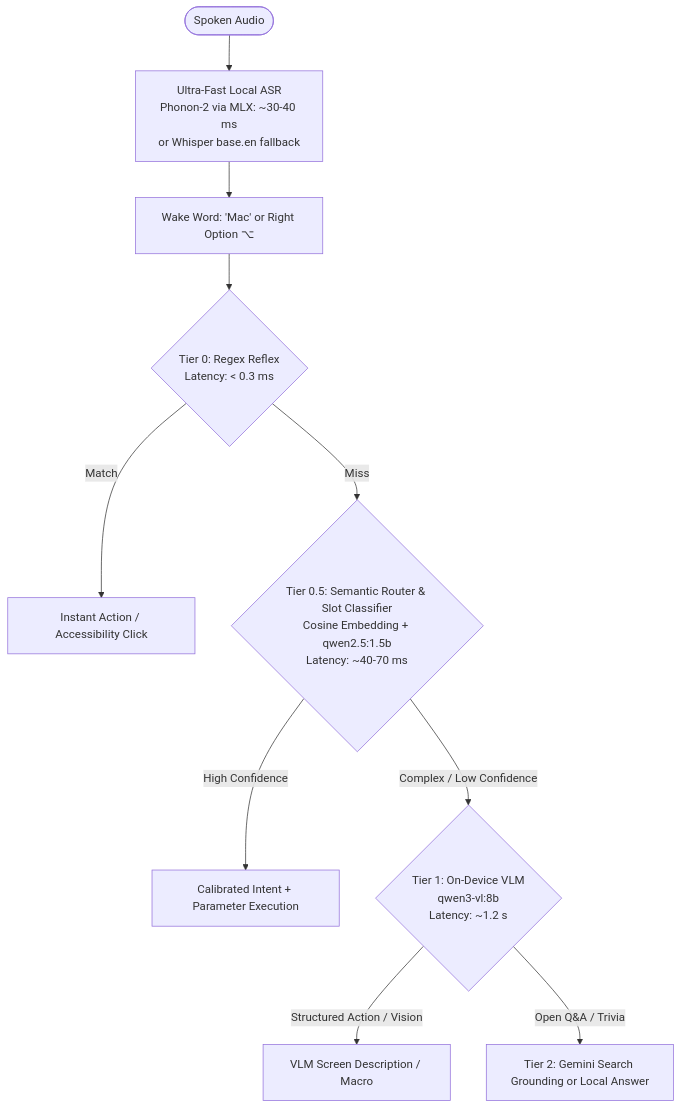
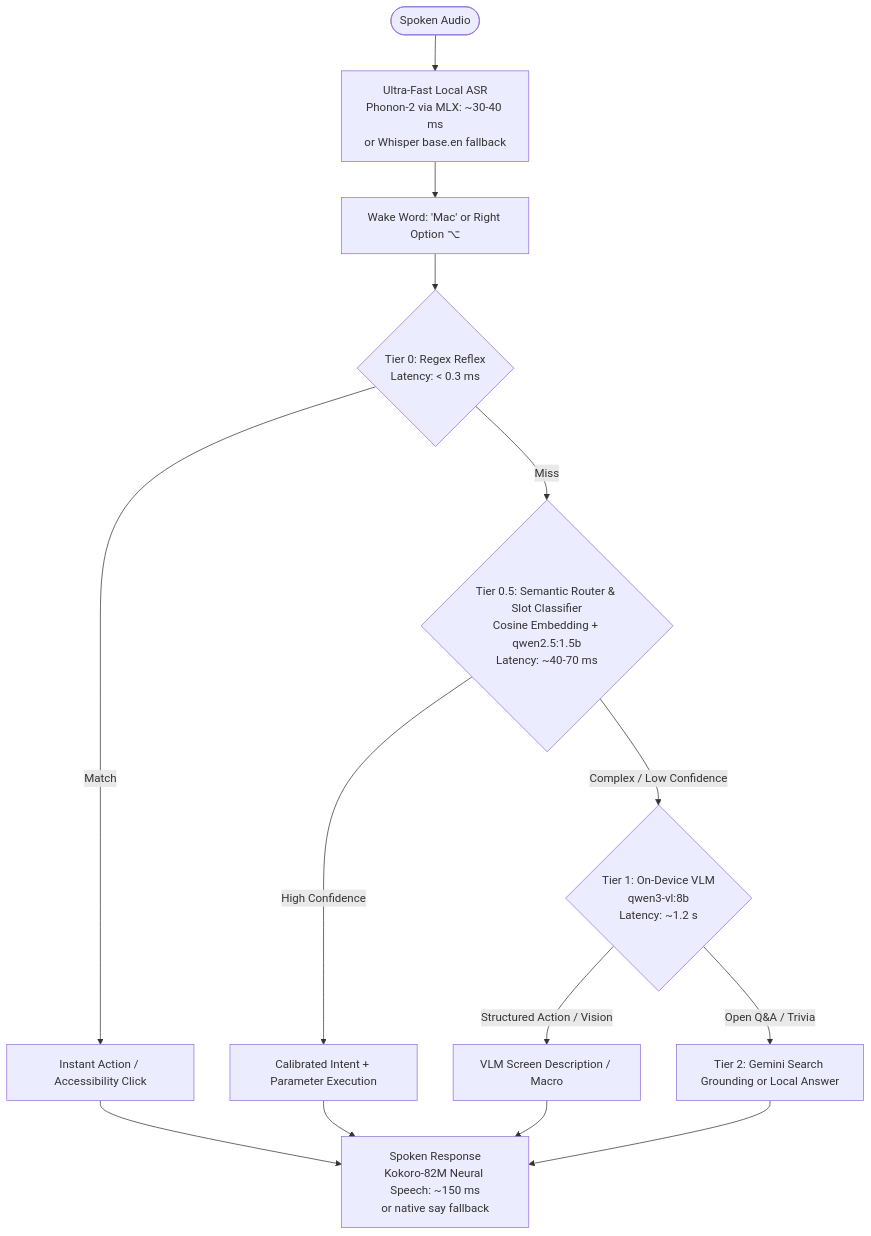
One commit to bparlette/free-mac-voice changed the diagram in README.md. Above: the diagram before and after it, drawn with Mermaid. The commit also changed other lines of this file and 2 other files, not shown here.

Commit message:
docs: upgrade tech stack diagrams, pipeline cascade, and architecture docs with Phonon-2 and Kokoro TTS

````diff
--- a/README.md
+++ b/README.md
@@ -47,12 +48,13 @@
 ```mermaid
 flowchart TD
     Audio([Spoken Audio]) --> STT[Ultra-Fast Local ASR<br/>Phonon-2 via MLX: ~30-40 ms<br/>or Whisper base.en fallback]
     STT --> W[Wake Word: 'Mac' or Right Option ⌥]
     W --> T0{Tier 0: Regex Reflex<br/>Latency: &lt; 0.3 ms}
     T0 -- Match --> E0[Instant Action / Accessibility Click]
     T0 -- Miss --> T05{Tier 0.5: Semantic Router & Slot Classifier<br/>Cosine Embedding + qwen2.5:1.5b<br/>Latency: ~40-70 ms}
     T05 -- High Confidence --> E05[Calibrated Intent + Parameter Execution]
     T05 -- Complex / Low Confidence --> T1{Tier 1: On-Device VLM<br/>qwen3-vl:8b<br/>Latency: ~1.2 s}
     T1 -- Structured Action / Vision --> E1[VLM Screen Description / Macro]
     T1 -- Open Q&A / Trivia --> T2[Tier 2: Gemini Search Grounding or Local Answer]
+    E0 & E05 & E1 & T2 --> TTS[Spoken Response<br/>Kokoro-82M Neural Speech: ~150 ms<br/>or native say fallback]
 ```
````
